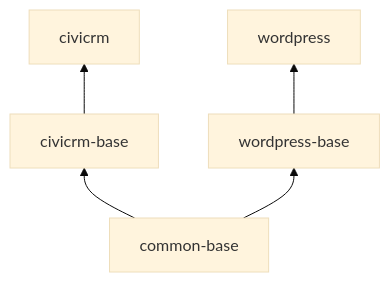
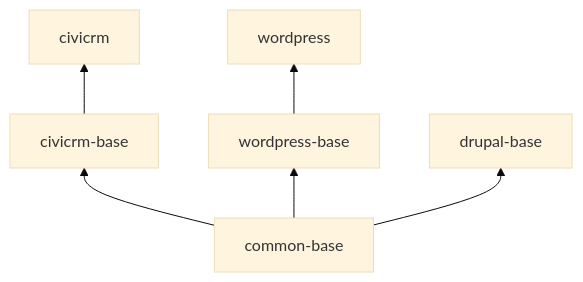
One commit to mjwconsult/civicrm-docker changed the diagram in README.md. Above: the diagram before and after it, drawn with Mermaid (base theme). The commit also changed other lines of this file and 6 other files, not shown here.

First line of the commit message:
drupal-base: runtime image for CiviCRM on Drupal 10/11

````diff
--- a/README.md
+++ b/README.md
@@ -198,9 +198,11 @@
 ```mermaid
 flowchart BT
     C[civicrm]
     B[civicrm-base] --> C
     A[common-base] --> B
     E[wordpress]
     D[wordpress-base] --> E
     A --> D
+    F[drupal-base]
+    A --> F
 ```
````
